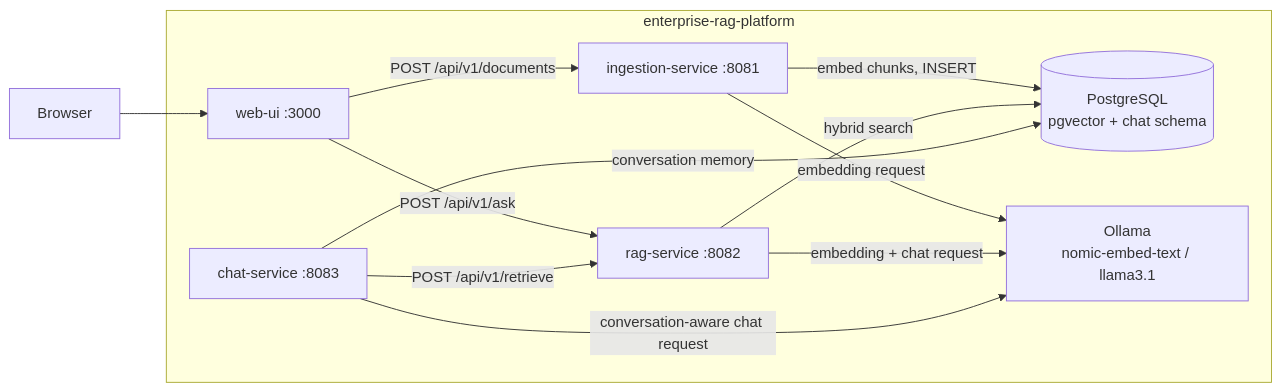
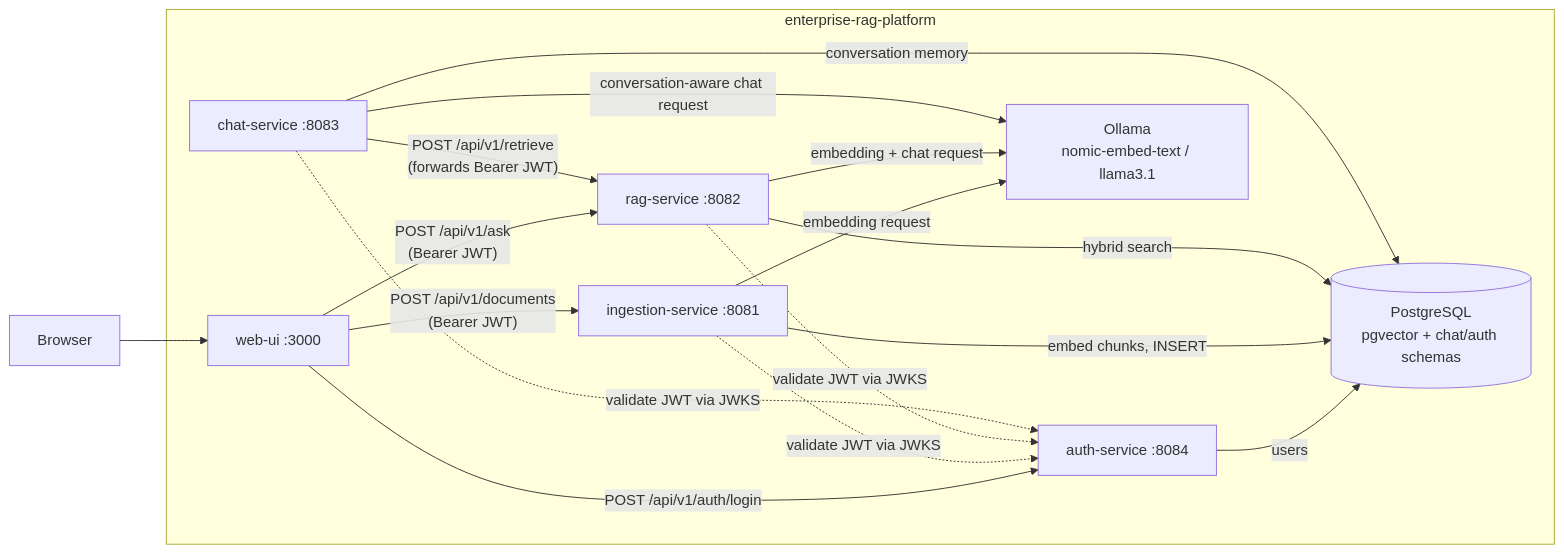
Before and after one commit to eniglio-ctrl/enterprise-rag-platform: the first of 2 diagrams in README.md, drawn with Mermaid. The commit also changed other lines of this file and 50 other files, not shown here.

````diff
--- a/README.md
+++ b/README.md
@@ -21,24 +21,30 @@
 ```mermaid
 flowchart LR
     U["Browser"]
 
     subgraph Platform["enterprise-rag-platform"]
         WEB["web-ui :3000"]
+        AUTH["auth-service :8084"]
         ING["ingestion-service :8081"]
         RAG["rag-service :8082"]
         CHAT["chat-service :8083"]
-        PG[("PostgreSQL\npgvector + chat schema")]
+        PG[("PostgreSQL\npgvector + chat/auth schemas")]
         OLL["Ollama\nnomic-embed-text / llama3.1"]
     end
 
     U --> WEB
-    WEB -- "POST /api/v1/documents" --> ING
-    WEB -- "POST /api/v1/ask" --> RAG
+    WEB -- "POST /api/v1/auth/login" --> AUTH
+    WEB -- "POST /api/v1/documents\n(Bearer JWT)" --> ING
+    WEB -- "POST /api/v1/ask\n(Bearer JWT)" --> RAG
+    AUTH -- "users" --> PG
+    ING -. "validate JWT via JWKS" .-> AUTH
+    RAG -. "validate JWT via JWKS" .-> AUTH
+    CHAT -. "validate JWT via JWKS" .-> AUTH
     ING -- "embed chunks, INSERT" --> PG
     ING -- "embedding request" --> OLL
     RAG -- "hybrid search" --> PG
     RAG -- "embedding + chat request" --> OLL
-    CHAT -- "POST /api/v1/retrieve" --> RAG
+    CHAT -- "POST /api/v1/retrieve\n(forwards Bearer JWT)" --> RAG
     CHAT -- "conversation-aware chat request" --> OLL
     CHAT -- "conversation memory" --> PG
 ```
````
